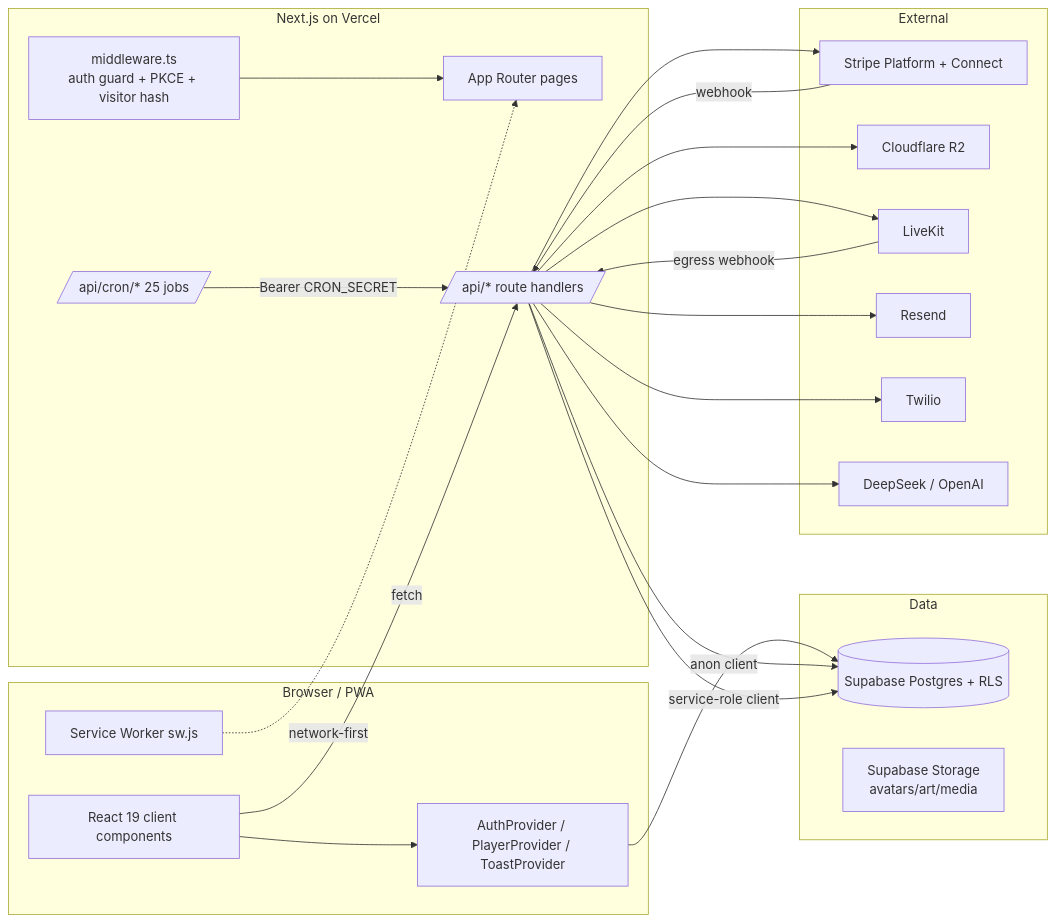
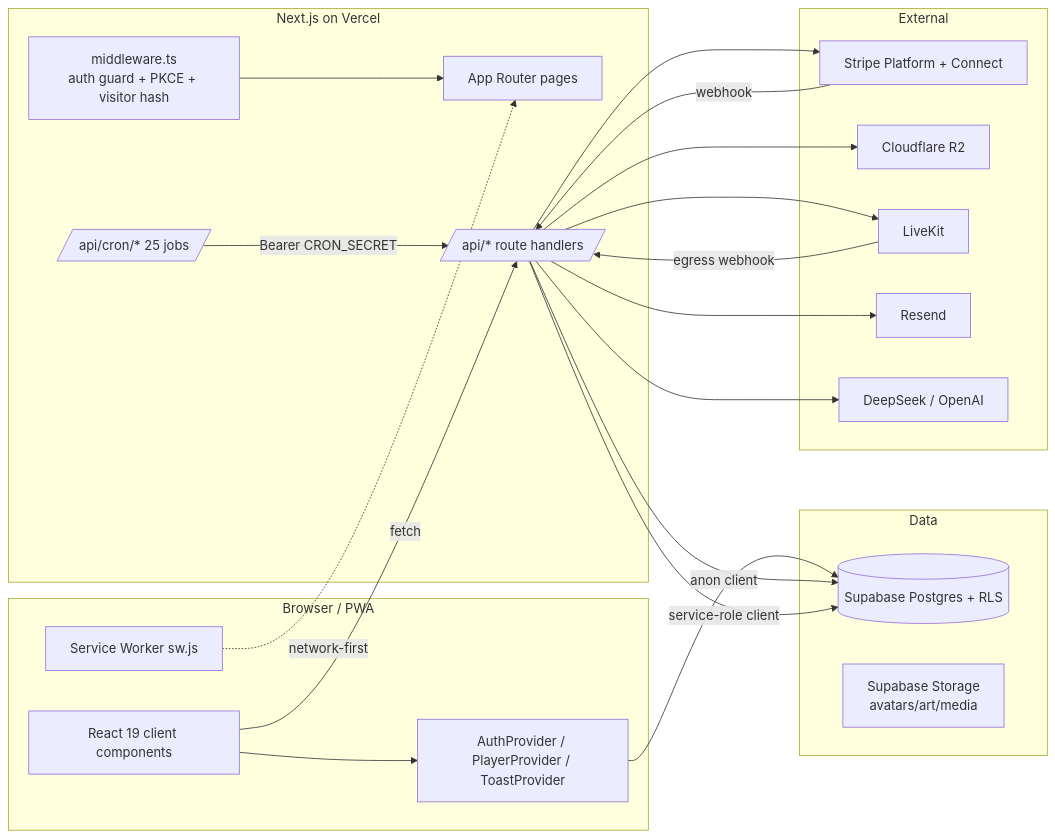
One commit to m3rcey/crwn changed the first of 2 diagrams in docs/crwn-brain/04-ARCHITECTURE.md. Above: the diagram before and after it, drawn with Mermaid. The commit also changed other lines of this file and 56 other files, not shown here.

````diff
--- a/docs/crwn-brain/04-ARCHITECTURE.md
+++ b/docs/crwn-brain/04-ARCHITECTURE.md
@@ -21,36 +21,35 @@
 ```mermaid
 flowchart LR
     subgraph Client [Browser / PWA]
         UI[React 19 client components]
         Ctx[AuthProvider / PlayerProvider / ToastProvider]
         SW[Service Worker sw.js]
     end
     subgraph Edge [Next.js on Vercel]
         MW[middleware.ts<br/>auth guard + PKCE + visitor hash]
         Pages[App Router pages]
         API[/api/* route handlers/]
         Cron[/api/cron/* 25 jobs/]
     end
     subgraph Data
         SB[(Supabase Postgres + RLS)]
         Store[Supabase Storage<br/>avatars/art/media]
     end
     subgraph External
         Stripe[Stripe Platform + Connect]
         R2[Cloudflare R2]
         LK[LiveKit]
         Resend[Resend]
-        Twilio[Twilio]
         AI[DeepSeek / OpenAI]
     end
     UI --> Ctx --> SB
     UI -->|fetch| API
     MW --> Pages
     API -->|anon client| SB
     API -->|service-role client| SB
-    API --> Stripe & R2 & LK & Resend & Twilio & AI
+    API --> Stripe & R2 & LK & Resend & AI
     Stripe -->|webhook| API
     LK -->|egress webhook| API
     Cron -->|Bearer CRON_SECRET| API
     SW -.network-first.-> Pages
 ```
````
